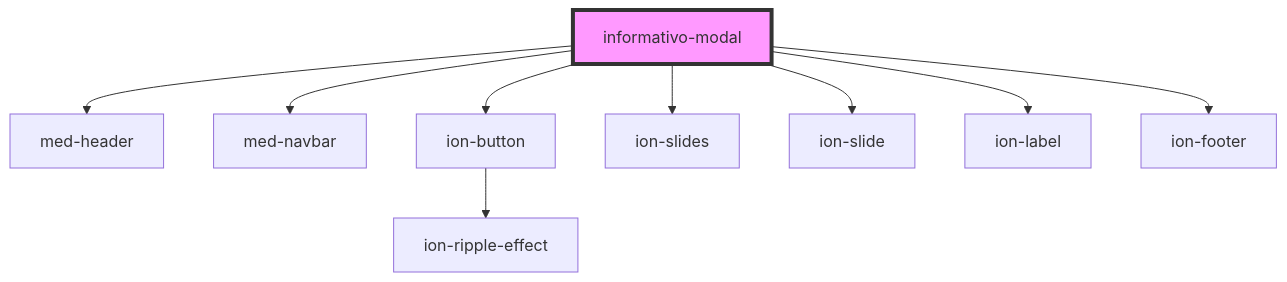
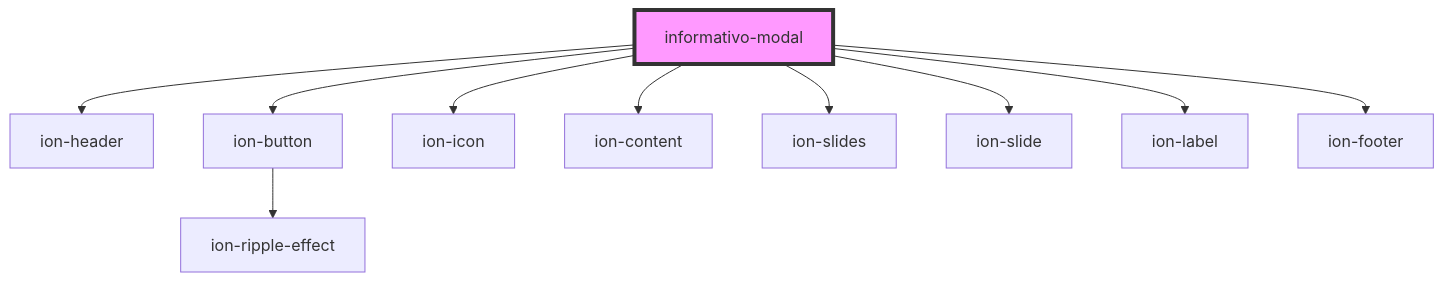
The diagram in core/src/components/@templarios/ionic-1-migracao/apostila/informativo-modal/readme.md (MEDGRUPOGIT/ionic-framework-1), drawn with Mermaid before and after one commit. The commit also changed other lines of this file and 19 other files, not shown here.

````diff
--- a/core/src/components/@templarios/ionic-1-migracao/apostila/informativo-modal/readme.md
+++ b/core/src/components/@templarios/ionic-1-migracao/apostila/informativo-modal/readme.md
@@ -21,12 +22,13 @@
 ```mermaid
 graph TD;
-  informativo-modal --> med-header
-  informativo-modal --> med-navbar
+  informativo-modal --> ion-header
   informativo-modal --> ion-button
+  informativo-modal --> ion-icon
+  informativo-modal --> ion-content
   informativo-modal --> ion-slides
   informativo-modal --> ion-slide
   informativo-modal --> ion-label
   informativo-modal --> ion-footer
   ion-button --> ion-ripple-effect
   style informativo-modal fill:#f9f,stroke:#333,stroke-width:4px
 ```
````
